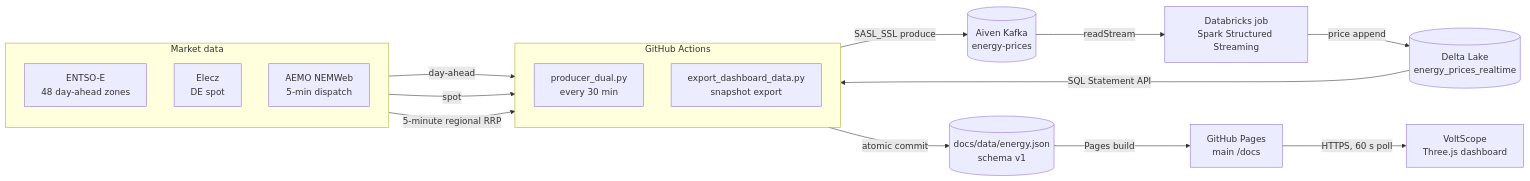
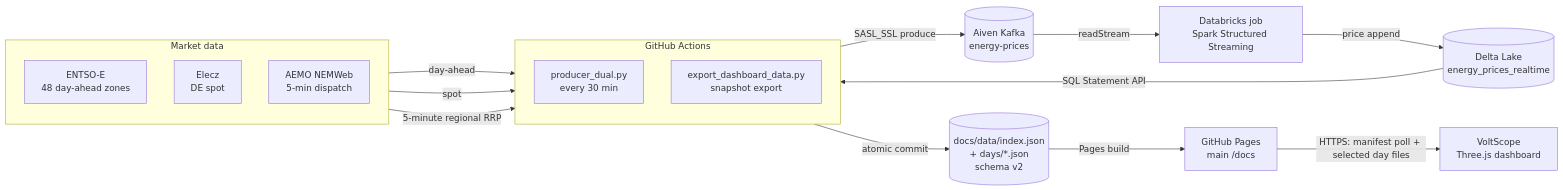
One commit to mdsarfarazalam840/Energy-realtime changed the first of 3 diagrams in README.md. Above: the diagram before and after it, drawn with Mermaid. The commit also changed other lines of this file and 21 other files, not shown here.

````diff
--- a/README.md
+++ b/README.md
@@ -133,33 +134,33 @@
 ```mermaid
 flowchart LR
   subgraph Sources["Market data"]
     direction TB
     E["ENTSO-E<br/>48 day-ahead zones"]
     Z["Elecz<br/>DE spot"]
     A["AEMO NEMWeb<br/>5-min dispatch"]
   end
 
   subgraph CICD["GitHub Actions"]
     direction TB
     P["producer_dual.py<br/>every 30 min"]
     X["export_dashboard_data.py<br/>snapshot export"]
   end
 
   K[("Aiven Kafka<br/>energy-prices")]
   D["Databricks job<br/>Spark Structured Streaming"]
   T[("Delta Lake<br/>energy_prices_realtime")]
-  S[("docs/data/energy.json<br/>schema v1")]
+  S[("docs/data/index.json<br/>+ days/*.json<br/>schema v2")]
   PAGES["GitHub Pages<br/>main /docs"]
   UI["VoltScope<br/>Three.js dashboard"]
 
   E -->|"day-ahead"| P
   Z -->|"spot"| P
   A -->|"5-minute regional RRP"| P
   P -->|"SASL_SSL produce"| K
   K -->|"readStream"| D
   D -->|"price append"| T
   T -->|"SQL Statement API"| X
   X -->|"atomic commit"| S
   S -->|"Pages build"| PAGES
-  PAGES -->|"HTTPS, 60 s poll"| UI
+  PAGES -->|"HTTPS: manifest poll + selected day files"| UI
 ```
````
